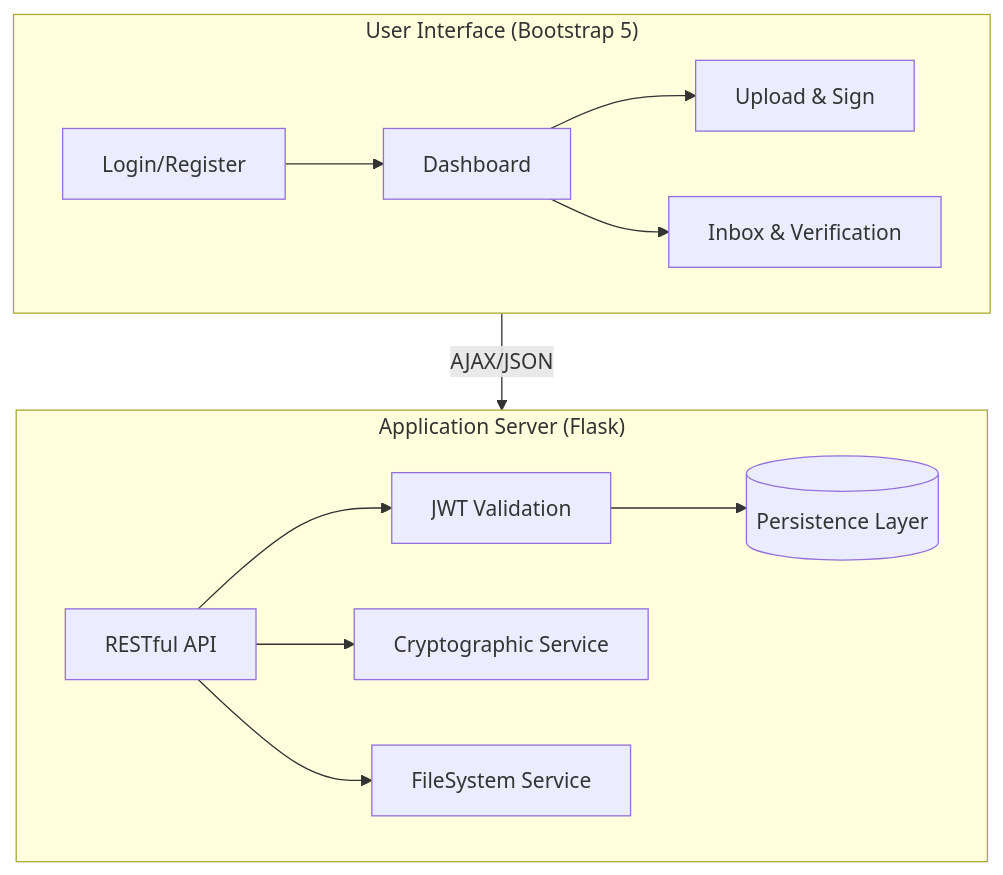
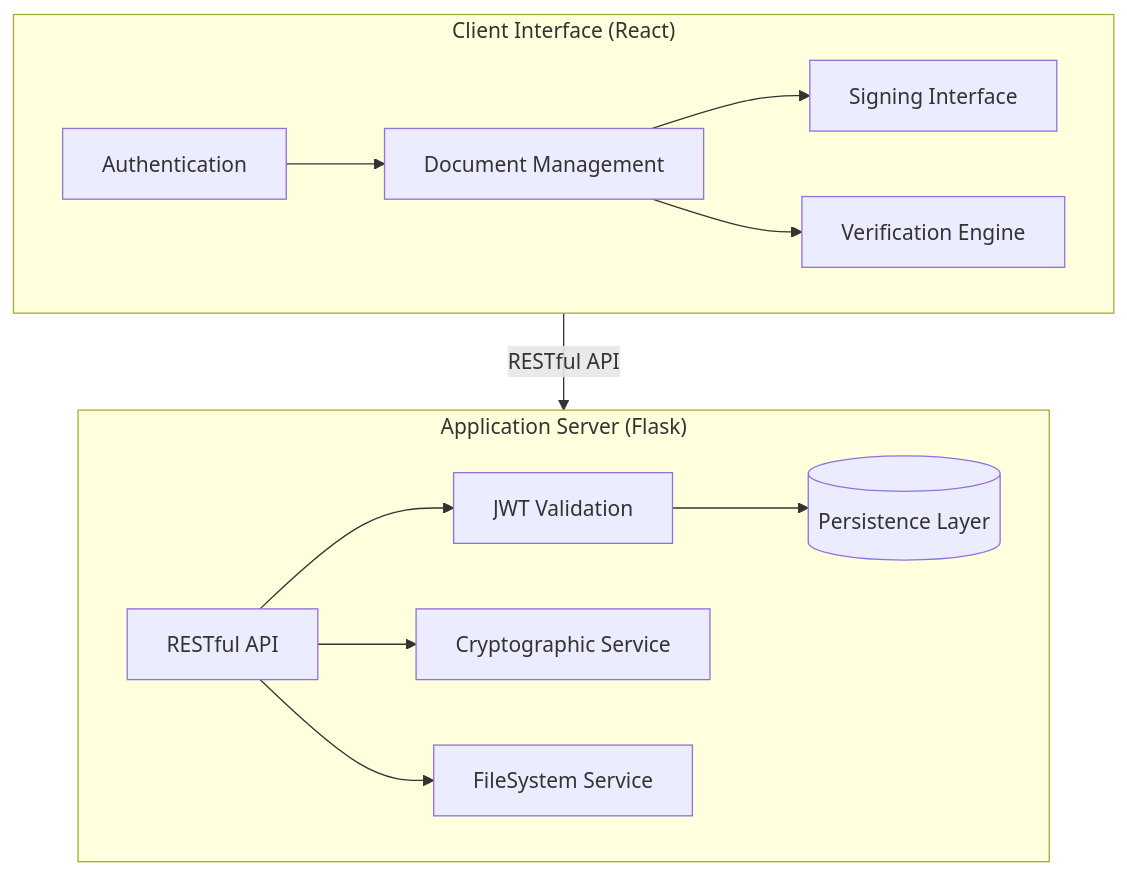
The diagram in README.md (Abubakkar-Khan/DocDrop), drawn with Mermaid before and after one commit. The commit also changed other lines of this file, not shown here.

````diff
--- a/README.md
+++ b/README.md
@@ -22,17 +22,17 @@
 ```mermaid
 graph TB
-    subgraph UI ["User Interface (Bootstrap 5)"]
-        A[Login/Register] --> B[Dashboard]
-        B --> C[Upload & Sign]
-        B --> D[Inbox & Verification]
+    subgraph Client ["Client Interface (React)"]
+        A[Authentication] --> B[Document Management]
+        B --> C[Signing Interface]
+        B --> D[Verification Engine]
     end
 
     subgraph Server ["Application Server (Flask)"]
         API[RESTful API] --> JWT[JWT Validation]
         API --> Crypto[Cryptographic Service]
         API --> Storage[FileSystem Service]
         JWT --> DB[(Persistence Layer)]
     end
 
-    UI -->|AJAX/JSON| Server
+    Client -->|RESTful API| Server
 ```
````
